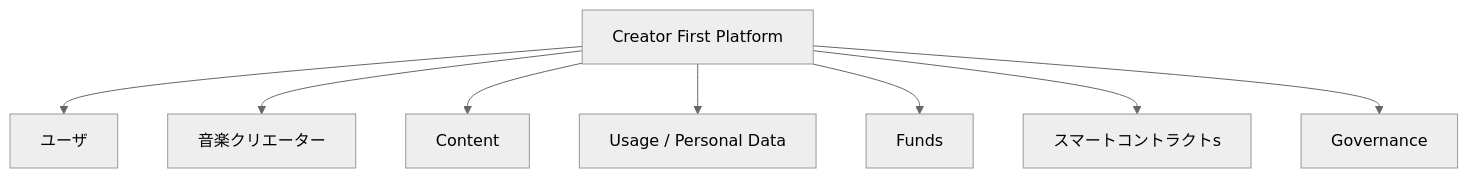
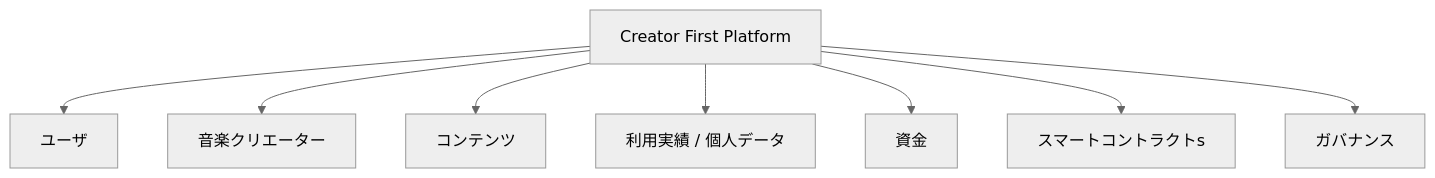
The first of 48 diagrams in docs/whitepaper/10-security.md (ShigeichiroYamasaki/creator-first-platform), drawn with Mermaid (neutral theme) before and after one commit. The commit also changed other lines of this file and 72 other files, not shown here.

````diff
--- a/docs/whitepaper/10-security.md
+++ b/docs/whitepaper/10-security.md
@@ -28,12 +28,12 @@
 ```mermaid
 flowchart TD
     PLATFORM[Creator First Platform]
 
     PLATFORM --> USER[ユーザ]
     PLATFORM --> CREATOR[音楽クリエーター]
-    PLATFORM --> CONTENT[Content]
-    PLATFORM --> DATA[Usage / Personal Data]
-    PLATFORM --> MONEY[Funds]
+    PLATFORM --> CONTENT[コンテンツ]
+    PLATFORM --> DATA[利用実績 / 個人データ]
+    PLATFORM --> MONEY[資金]
     PLATFORM --> CONTRACT[スマートコントラクトs]
-    PLATFORM --> GOV[Governance]
+    PLATFORM --> GOV[ガバナンス]
 ```
````
